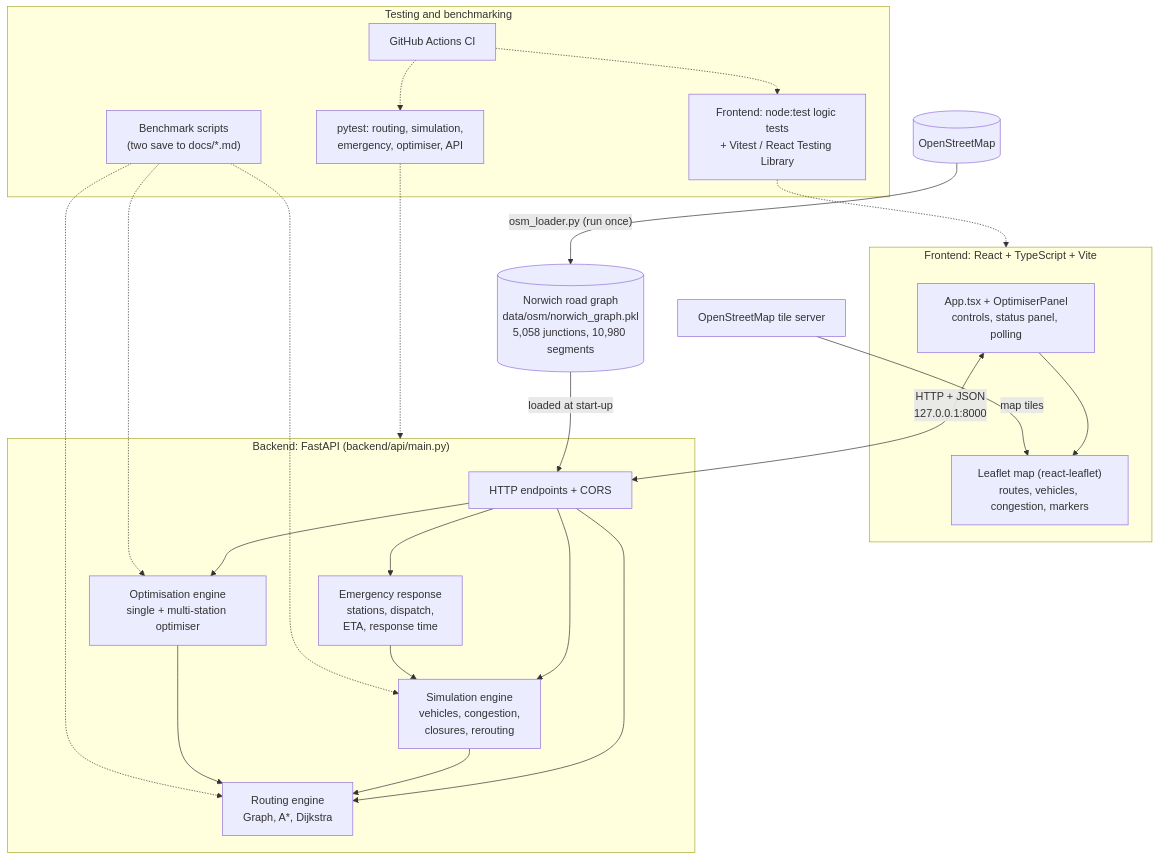
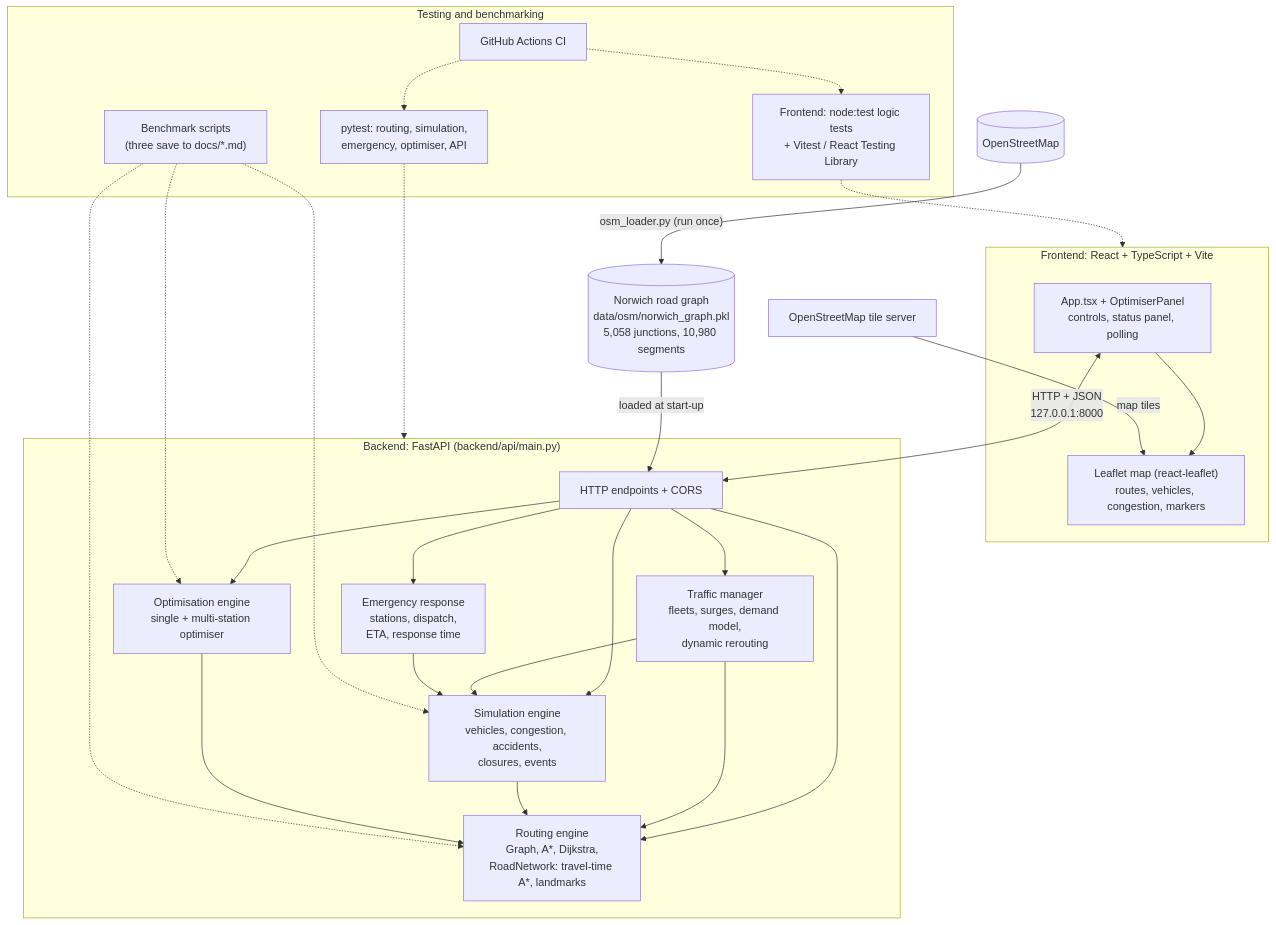
Before and after one commit to samiaa10/urban-traffic-sim: the diagram in docs/ARCHITECTURE.md, drawn with Mermaid. The commit also changed other lines of this file and 20 other files, not shown here.

````diff
--- a/docs/ARCHITECTURE.md
+++ b/docs/ARCHITECTURE.md
@@ -12,44 +12,48 @@
 ```mermaid
 flowchart TB
     OSM[(OpenStreetMap)] -->|"osm_loader.py (run once)"| PKL[("Norwich road graph<br/>data/osm/norwich_graph.pkl<br/>5,058 junctions, 10,980 segments")]
 
     subgraph FE["Frontend: React + TypeScript + Vite"]
         APP["App.tsx + OptimiserPanel<br/>controls, status panel, polling"]
         MAP["Leaflet map (react-leaflet)<br/>routes, vehicles, congestion, markers"]
         APP --> MAP
     end
 
     subgraph BE["Backend: FastAPI (backend/api/main.py)"]
         API["HTTP endpoints + CORS"]
-        ROUTING["Routing engine<br/>Graph, A*, Dijkstra"]
-        SIM["Simulation engine<br/>vehicles, congestion,<br/>closures, rerouting"]
+        ROUTING["Routing engine<br/>Graph, A*, Dijkstra,<br/>RoadNetwork: travel-time A*, landmarks"]
+        SIM["Simulation engine<br/>vehicles, congestion, accidents,<br/>closures, events"]
+        TM["Traffic manager<br/>fleets, surges, demand model,<br/>dynamic rerouting"]
         EMER["Emergency response<br/>stations, dispatch,<br/>ETA, response time"]
         OPT["Optimisation engine<br/>single + multi-station optimiser"]
+        API --> TM
         API --> SIM
         API --> ROUTING
         API --> EMER
         API --> OPT
+        TM --> SIM
+        TM --> ROUTING
         SIM --> ROUTING
         EMER --> SIM
         OPT --> ROUTING
     end
 
     PKL -->|"loaded at start-up"| API
     APP <-->|"HTTP + JSON<br/>127.0.0.1:8000"| API
     TILES[OpenStreetMap tile server] -->|map tiles| MAP
 
     subgraph QA["Testing and benchmarking"]
         PYT["pytest: routing, simulation,<br/>emergency, optimiser, API"]
-        BEN["Benchmark scripts<br/>(two save to docs/*.md)"]
+        BEN["Benchmark scripts<br/>(three save to docs/*.md)"]
         FET["Frontend: node:test logic tests<br/>+ Vitest / React Testing Library"]
         CI["GitHub Actions CI"]
     end
 
     PYT -.-> BE
     BEN -.-> ROUTING
     BEN -.-> SIM
     BEN -.-> OPT
     FET -.-> FE
     CI -.-> PYT
     CI -.-> FET
 ```
````
